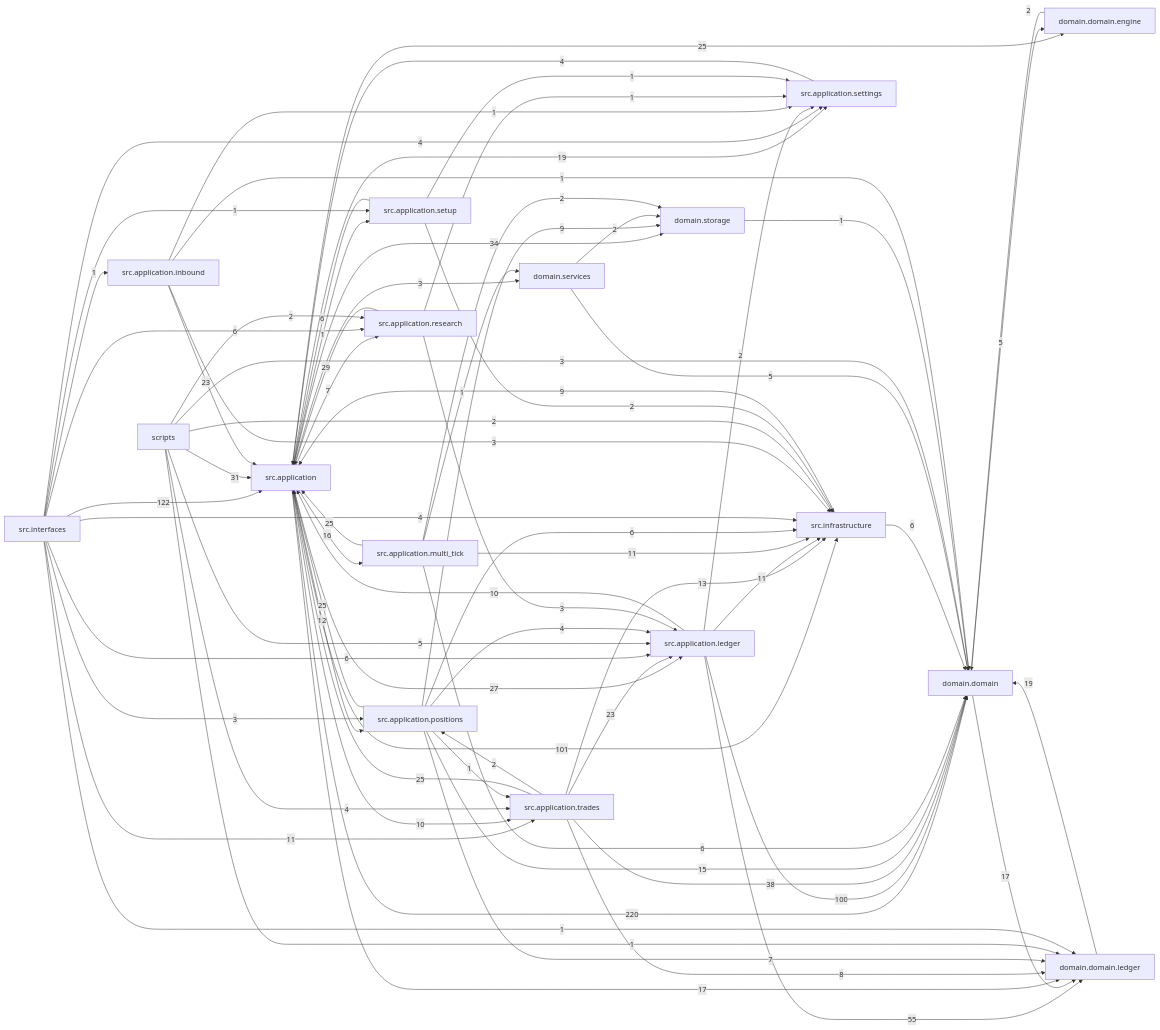
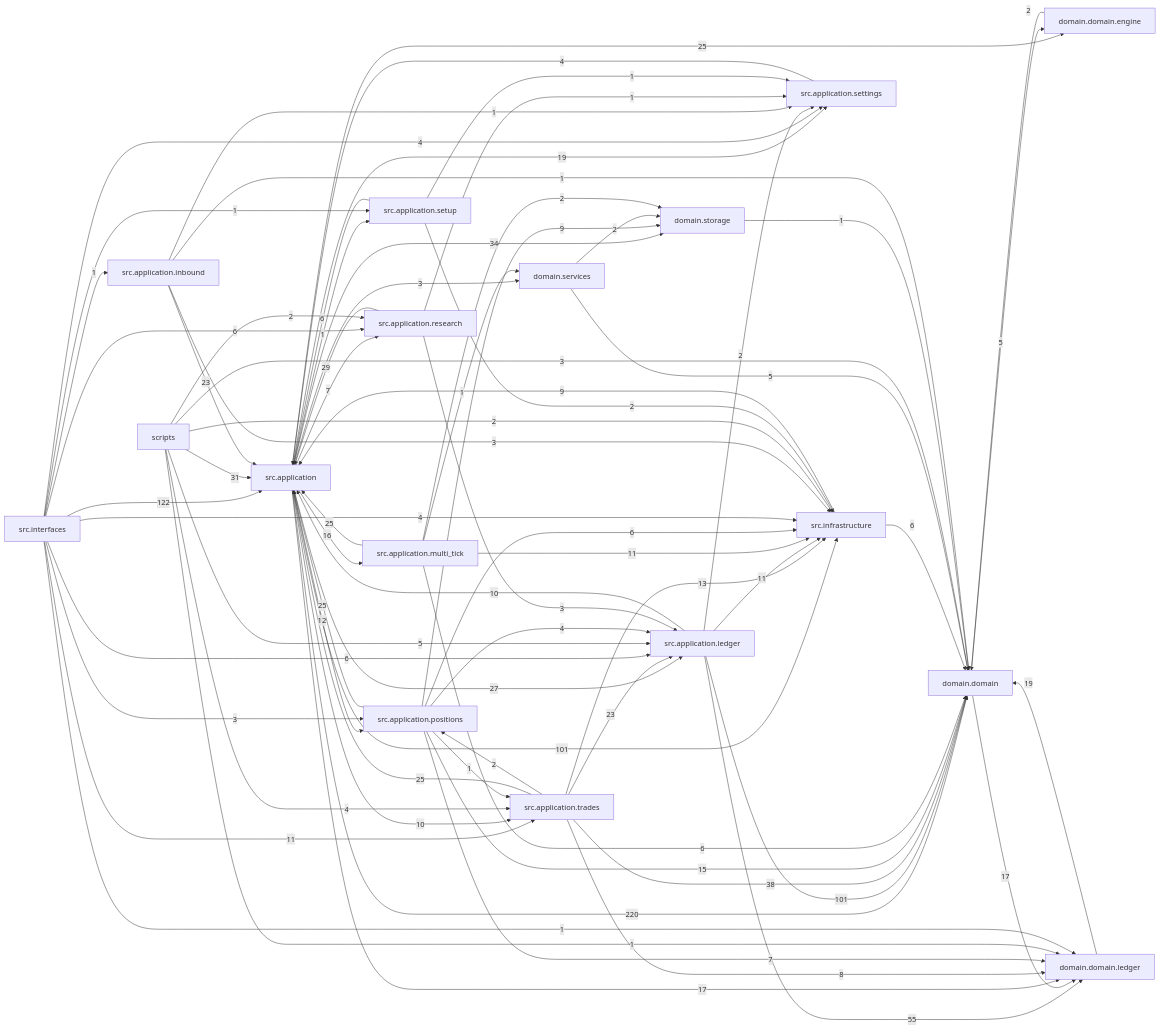
One commit to liuxie066/options-monitor changed the diagram in docs/dependency_graph.mmd. Above: the diagram before and after it, drawn with Mermaid. The commit also changed 3 other files, not shown here.

```diff
--- a/docs/dependency_graph.mmd
+++ b/docs/dependency_graph.mmd
@@ -1,74 +1,74 @@
 flowchart LR
   src_application["src.application"] -->|220| domain_domain["domain.domain"]
   src_interfaces["src.interfaces"] -->|122| src_application["src.application"]
   src_application["src.application"] -->|101| src_infrastructure["src.infrastructure"]
-  src_application_ledger["src.application.ledger"] -->|100| domain_domain["domain.domain"]
+  src_application_ledger["src.application.ledger"] -->|101| domain_domain["domain.domain"]
   src_application_ledger["src.application.ledger"] -->|55| domain_domain_ledger["domain.domain.ledger"]
   src_application_trades["src.application.trades"] -->|38| domain_domain["domain.domain"]
   src_application["src.application"] -->|34| domain_storage["domain.storage"]
   scripts["scripts"] -->|31| src_application["src.application"]
   src_application_research["src.application.research"] -->|29| src_application["src.application"]
   src_application["src.application"] -->|27| src_application_ledger["src.application.ledger"]
   src_application["src.application"] -->|25| domain_domain_engine["domain.domain.engine"]
   src_application_multi_tick["src.application.multi_tick"] -->|25| src_application["src.application"]
   src_application_positions["src.application.positions"] -->|25| src_application["src.application"]
   src_application_trades["src.application.trades"] -->|25| src_application["src.application"]
   src_application_inbound["src.application.inbound"] -->|23| src_application["src.application"]
   src_application_trades["src.application.trades"] -->|23| src_application_ledger["src.application.ledger"]
   domain_domain_ledger["domain.domain.ledger"] -->|19| domain_domain["domain.domain"]
   src_application["src.application"] -->|19| src_application_settings["src.application.settings"]
   domain_domain["domain.domain"] -->|17| domain_domain_ledger["domain.domain.ledger"]
   src_application["src.application"] -->|17| domain_domain_ledger["domain.domain.ledger"]
   src_application["src.application"] -->|16| src_application_multi_tick["src.application.multi_tick"]
   src_application_positions["src.application.positions"] -->|15| domain_domain["domain.domain"]
   src_application_trades["src.application.trades"] -->|13| src_infrastructure["src.infrastructure"]
   src_application["src.application"] -->|12| src_application_positions["src.application.positions"]
   src_application_ledger["src.application.ledger"] -->|11| src_infrastructure["src.infrastructure"]
   src_application_multi_tick["src.application.multi_tick"] -->|11| src_infrastructure["src.infrastructure"]
   src_interfaces["src.interfaces"] -->|11| src_application_trades["src.application.trades"]
   src_application["src.application"] -->|10| src_application_trades["src.application.trades"]
   src_application_ledger["src.application.ledger"] -->|10| src_application["src.application"]
   src_application_positions["src.application.positions"] -->|9| domain_storage["domain.storage"]
   src_infrastructure["src.infrastructure"] -->|9| src_application["src.application"]
   src_application_trades["src.application.trades"] -->|8| domain_domain_ledger["domain.domain.ledger"]
   src_application["src.application"] -->|7| src_application_research["src.application.research"]
   src_application_positions["src.application.positions"] -->|7| domain_domain_ledger["domain.domain.ledger"]
   src_application_multi_tick["src.application.multi_tick"] -->|6| domain_domain["domain.domain"]
   src_application_positions["src.application.positions"] -->|6| src_infrastructure["src.infrastructure"]
   src_application_setup["src.application.setup"] -->|6| src_application["src.application"]
   src_infrastructure["src.infrastructure"] -->|6| domain_domain["domain.domain"]
   src_interfaces["src.interfaces"] -->|6| src_application_ledger["src.application.ledger"]
   src_interfaces["src.interfaces"] -->|6| src_application_research["src.application.research"]
   domain_domain["domain.domain"] -->|5| domain_domain_engine["domain.domain.engine"]
   domain_services["domain.services"] -->|5| domain_domain["domain.domain"]
   scripts["scripts"] -->|5| src_application_ledger["src.application.ledger"]
   scripts["scripts"] -->|4| src_application_trades["src.application.trades"]
   src_application_positions["src.application.positions"] -->|4| src_application_ledger["src.application.ledger"]
   src_application_settings["src.application.settings"] -->|4| src_application["src.application"]
   src_interfaces["src.interfaces"] -->|4| src_application_settings["src.application.settings"]
   src_interfaces["src.interfaces"] -->|4| src_infrastructure["src.infrastructure"]
   scripts["scripts"] -->|3| domain_domain["domain.domain"]
   src_application["src.application"] -->|3| domain_services["domain.services"]
   src_application_inbound["src.application.inbound"] -->|3| src_infrastructure["src.infrastructure"]
   src_application_research["src.application.research"] -->|3| src_application_ledger["src.application.ledger"]
   src_interfaces["src.interfaces"] -->|3| src_application_positions["src.application.positions"]
   domain_domain_engine["domain.domain.engine"] -->|2| domain_domain["domain.domain"]
   domain_services["domain.services"] -->|2| domain_storage["domain.storage"]
   scripts["scripts"] -->|2| src_application_research["src.application.research"]
   scripts["scripts"] -->|2| src_infrastructure["src.infrastructure"]
   src_application_ledger["src.application.ledger"] -->|2| src_application_settings["src.application.settings"]
   src_application_multi_tick["src.application.multi_tick"] -->|2| domain_storage["domain.storage"]
   src_application_setup["src.application.setup"] -->|2| src_infrastructure["src.infrastructure"]
   src_application_trades["src.application.trades"] -->|2| src_application_positions["src.application.positions"]
   domain_storage["domain.storage"] -->|1| domain_domain["domain.domain"]
   scripts["scripts"] -->|1| domain_domain_ledger["domain.domain.ledger"]
   src_application["src.application"] -->|1| src_application_setup["src.application.setup"]
   src_application_inbound["src.application.inbound"] -->|1| domain_domain["domain.domain"]
   src_application_inbound["src.application.inbound"] -->|1| src_application_settings["src.application.settings"]
   src_application_multi_tick["src.application.multi_tick"] -->|1| domain_services["domain.services"]
   src_application_positions["src.application.positions"] -->|1| src_application_trades["src.application.trades"]
   src_application_research["src.application.research"] -->|1| src_application_settings["src.application.settings"]
   src_application_setup["src.application.setup"] -->|1| src_application_settings["src.application.settings"]
   src_interfaces["src.interfaces"] -->|1| domain_domain_ledger["domain.domain.ledger"]
   src_interfaces["src.interfaces"] -->|1| src_application_inbound["src.application.inbound"]
   src_interfaces["src.interfaces"] -->|1| src_application_setup["src.application.setup"]
```
